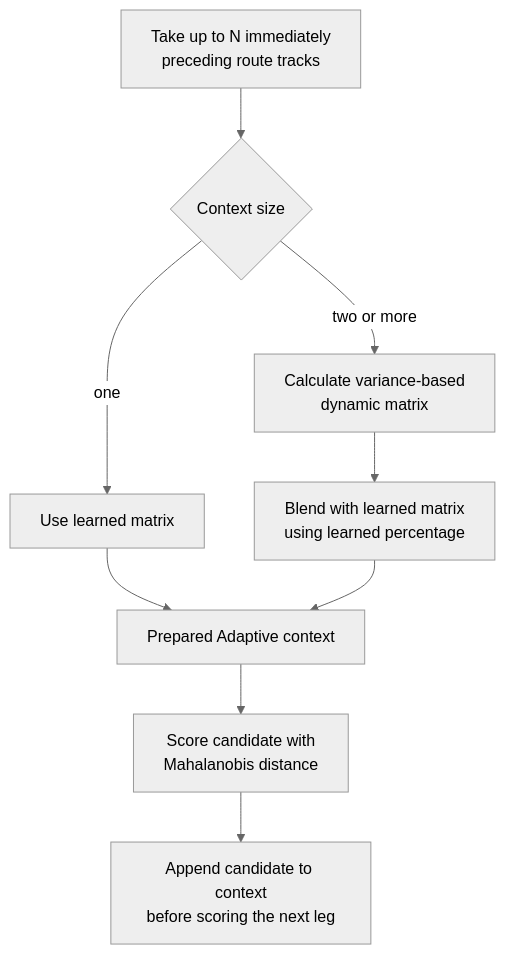
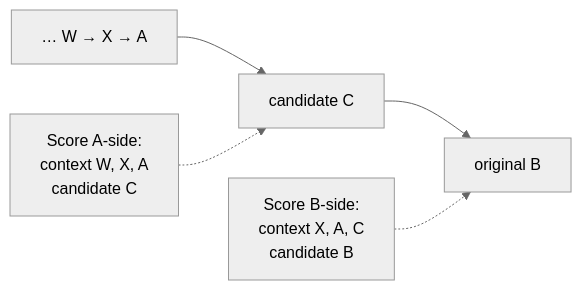
The second of 6 diagrams in ALGORITHMS.md (chrober/lms-better-call-bliss), drawn with Mermaid (neutral theme) before and after one commit. The commit also changed other lines of this file, not shown here.

```diff
--- a/ALGORITHMS.md
+++ b/ALGORITHMS.md
@@ -79,11 +139,7 @@
 ~~~mermaid
-flowchart TD
-    A["Take up to N immediately<br/>preceding route tracks"] --> B{"Context size"}
-    B -- "one" --> C["Use learned matrix"]
-    B -- "two or more" --> D["Calculate variance-based<br/>dynamic matrix"]
-    D --> E["Blend with learned matrix<br/>using learned percentage"]
-    C --> F["Prepared Adaptive context"]
-    E --> F
-    F --> G["Score candidate with<br/>Mahalanobis distance"]
-    G --> H["Append candidate to context<br/>before scoring the next leg"]
+flowchart LR
+    P["… W → X → A"] --> C["candidate C"]
+    C --> B["original B"]
+    L["Score A-side:<br/>context W, X, A<br/>candidate C"] -.-> C
+    R["Score B-side:<br/>context X, A, C<br/>candidate B"] -.-> B
 ~~~
```
